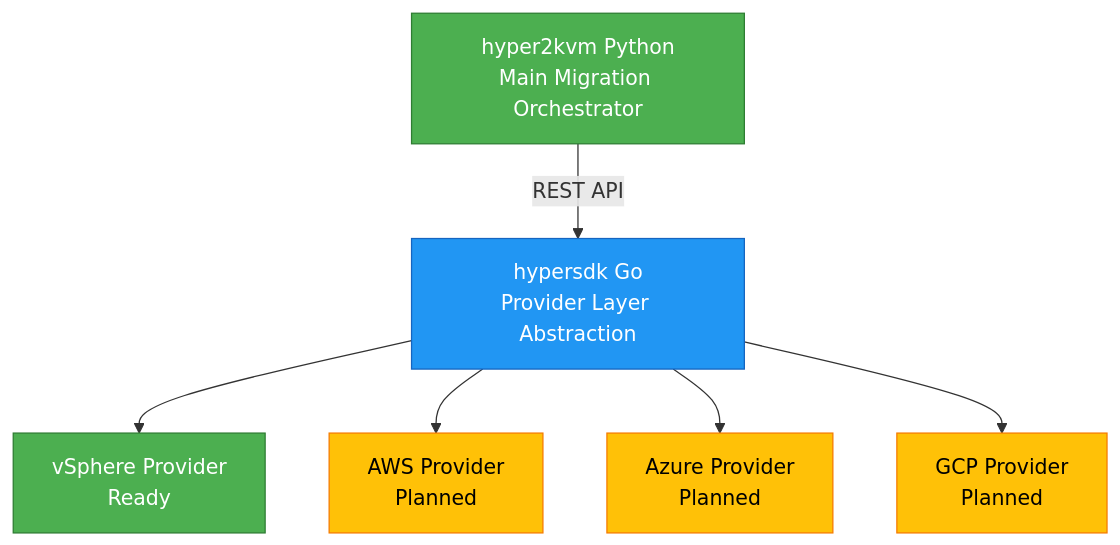
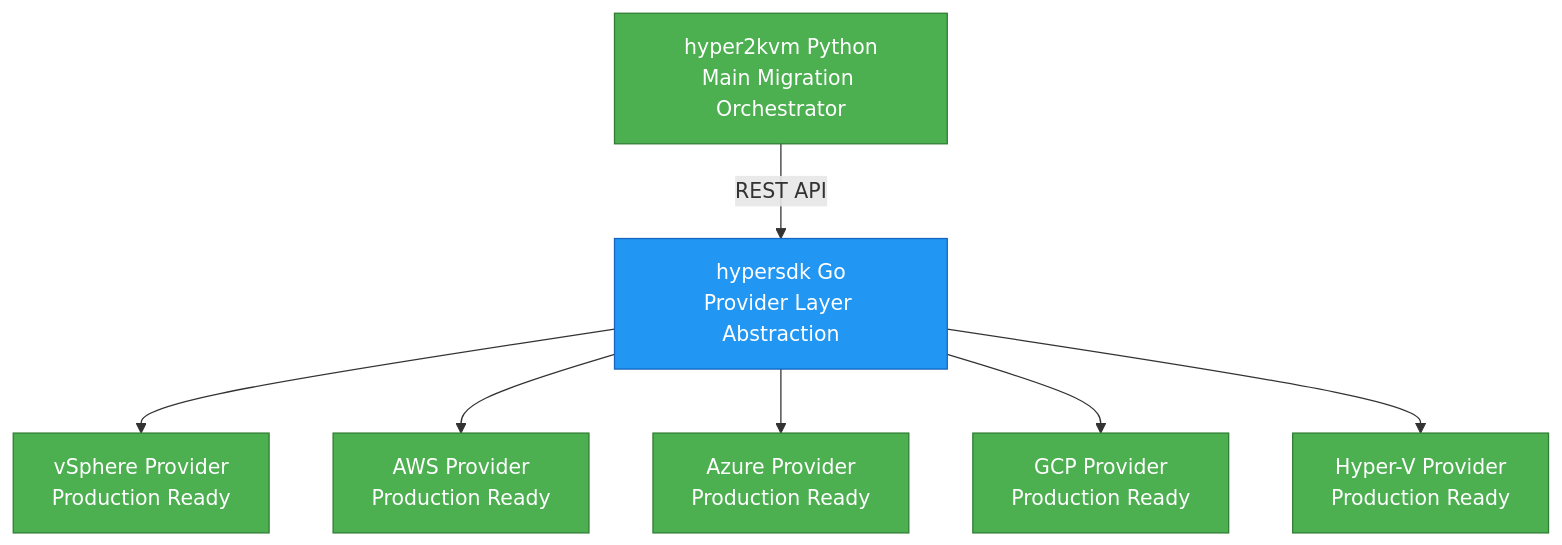
The diagram in README.md (ssahani/hypersdk), drawn with Mermaid before and after one commit. The commit also changed other lines of this file and 105 other files, not shown here.

````diff
--- a/README.md
+++ b/README.md
@@ -39,22 +41,25 @@
 ```mermaid
 graph TB
     A[hyper2kvm Python<br/>Main Migration Orchestrator]
     B[hypersdk Go<br/>Provider Layer Abstraction]
-    C[vSphere Provider<br/>Ready]
-    D[AWS Provider<br/>Planned]
-    E[Azure Provider<br/>Planned]
-    F[GCP Provider<br/>Planned]
+    C[vSphere Provider<br/>Production Ready]
+    D[AWS Provider<br/>Production Ready]
+    E[Azure Provider<br/>Production Ready]
+    F[GCP Provider<br/>Production Ready]
+    G[Hyper-V Provider<br/>Production Ready]
 
     A -->|REST API| B
     B --> C
     B --> D
     B --> E
     B --> F
+    B --> G
 
     style A fill:#4CAF50,stroke:#2E7D32,color:#fff
     style B fill:#2196F3,stroke:#1565C0,color:#fff
     style C fill:#4CAF50,stroke:#2E7D32,color:#fff
-    style D fill:#FFC107,stroke:#F57C00,color:#000
-    style E fill:#FFC107,stroke:#F57C00,color:#000
-    style F fill:#FFC107,stroke:#F57C00,color:#000
+    style D fill:#4CAF50,stroke:#2E7D32,color:#fff
+    style E fill:#4CAF50,stroke:#2E7D32,color:#fff
+    style F fill:#4CAF50,stroke:#2E7D32,color:#fff
+    style G fill:#4CAF50,stroke:#2E7D32,color:#fff
 ```
````
